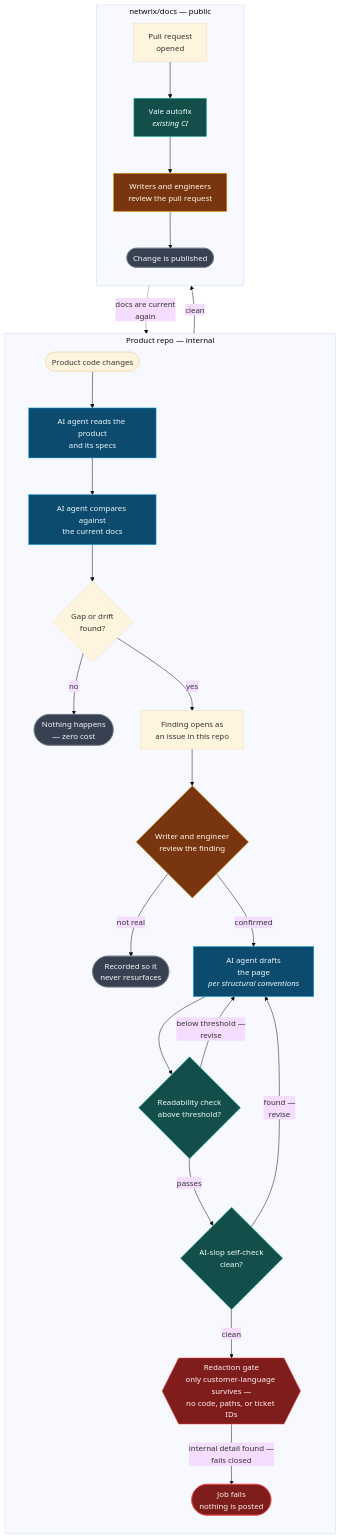
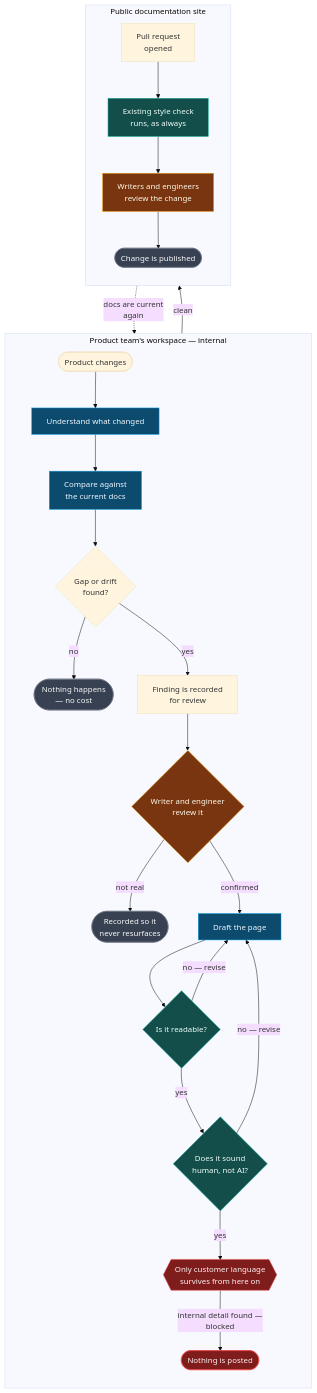
The first of 7 diagrams in docsync/xchange-article.md (netwrix/docs), drawn with Mermaid (base theme) before and after one commit. The commit also changed other lines of this file, not shown here.

First line of the commit message:
Simplify the docsync article to focus on concepts, not tooling

````diff
--- a/docsync/xchange-article.md
+++ b/docsync/xchange-article.md
@@ -37,43 +37,43 @@
 ```mermaid
 flowchart TB
-  subgraph PR["Product repo — internal"]
+  subgraph PR["Product team's workspace — internal"]
     direction TB
-    A(["Product code changes"]) --> B["AI agent reads the product<br/>and its specs"]
-    B --> C["AI agent compares against<br/>the current docs"]
+    A(["Product changes"]) --> B["Understand what changed"]
+    B --> C["Compare against<br/>the current docs"]
     C --> D{"Gap or drift<br/>found?"}
-    D -- "no" --> E(["Nothing happens<br/>— zero cost"])
-    D -- "yes" --> F["Finding opens as<br/>an issue in this repo"]
-    F --> G{"Writer and engineer<br/>review the finding"}
+    D -- "no" --> E(["Nothing happens<br/>— no cost"])
+    D -- "yes" --> F["Finding is recorded<br/>for review"]
+    F --> G{"Writer and engineer<br/>review it"}
     G -- "not real" --> H(["Recorded so it<br/>never resurfaces"])
-    G -- "confirmed" --> I["AI agent drafts<br/>the page<br/><i>per structural conventions</i>"]
-    I --> READ{"Readability check<br/>above threshold?"}
-    READ -- "below threshold —<br/>revise" --> I
-    READ -- "passes" --> SLOP{"AI-slop self-check<br/>clean?"}
-    SLOP -- "found —<br/>revise" --> I
-    SLOP -- "clean" --> RED{{"Redaction gate<br/>only customer-language survives —<br/>no code, paths, or ticket IDs"}}
-    RED -- "internal detail found —<br/>fails closed" --> FAIL(["Job fails<br/>nothing is posted"])
+    G -- "confirmed" --> I["Draft the page"]
+    I --> READ{"Is it readable?"}
+    READ -- "no — revise" --> I
+    READ -- "yes" --> SLOP{"Does it sound<br/>human, not AI?"}
+    SLOP -- "no — revise" --> I
+    SLOP -- "yes" --> RED{{"Only customer language<br/>survives from here on"}}
+    RED -- "internal detail found —<br/>blocked" --> FAIL(["Nothing is posted"])
   end
 
-  subgraph DOCS["netwrix/docs — public"]
+  subgraph DOCS["Public documentation site"]
     direction TB
     PRQ["Pull request<br/>opened"]
-    LINT["Vale autofix<br/><i>existing CI</i>"]
-    J["Writers and engineers<br/>review the pull request"]
+    LINT["Existing style check<br/>runs, as always"]
+    J["Writers and engineers<br/>review the change"]
     K(["Change is published"])
     PRQ --> LINT --> J --> K
   end
 
   RED -- "clean" --> PRQ
   K -.->|"docs are current<br/>again"| C
 
   classDef stop fill:#374151,stroke:#6b7280,color:#f9fafb
   classDef human fill:#78350f,stroke:#f59e0b,color:#fffbeb
   classDef ai fill:#0c4a6e,stroke:#0ea5e9,color:#f0f9ff
   classDef gate fill:#7f1d1d,stroke:#ef4444,color:#fef2f2
   classDef check fill:#134e4a,stroke:#14b8a6,color:#f0fdfa
   class E,H,K stop
   class G,J human
   class B,C,I ai
   class RED,FAIL gate
   class READ,SLOP,LINT check
 ```
````
